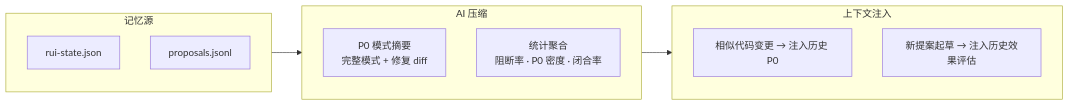
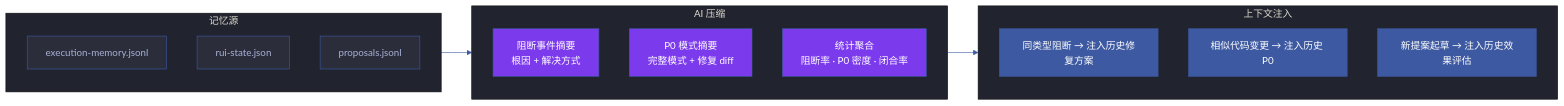
Before and after one commit to effiy/YrY: the ninth of 10 diagrams in skills/rui-yry/rules/self-improve.md, drawn with Mermaid. The commit also changed other lines of this file and 1028 other files, not shown here.

````diff
--- a/skills/rui-yry/rules/self-improve.md
+++ b/skills/rui-yry/rules/self-improve.md
@@ -235,21 +324,31 @@
 ```mermaid
+%%{init: {'theme': 'base', 'themeVariables': {
+  'primaryColor': '#1e1f2b',
+  'primaryTextColor': '#a9b1d6',
+  'primaryBorderColor': '#3d59a1',
+  'lineColor': '#3d59a1',
+  'secondaryColor': '#2b2d3b',
+  'tertiaryColor': '#21232f'
+}}}%%
 flowchart LR
     subgraph 源["记忆源"]
-        direction TB
+        M1["execution-memory.jsonl"]:::data
         M2["rui-state.json"]:::data
         M3["proposals.jsonl"]:::data
     end
     subgraph 压缩["AI 压缩"]
-        direction TB
+        C1["阻断事件摘要<br/>根因 + 解决方式"]:::comp
         C2["P0 模式摘要<br/>完整模式 + 修复 diff"]:::comp
         C3["统计聚合<br/>阻断率 · P0 密度 · 闭合率"]:::comp
     end
     subgraph 注入["上下文注入"]
-        direction TB
+        I1["同类型阻断 → 注入历史修复方案"]:::inj
         I2["相似代码变更 → 注入历史 P0"]:::inj
         I3["新提案起草 → 注入历史效果评估"]:::inj
     end
     源 --> 压缩 --> 注入
 
-
+    classDef data fill:#2b2d3b,stroke:#3d59a1,color:#a9b1d6
+    classDef comp fill:#7c3aed,color:#fff
+    classDef inj fill:#3d59a1,color:#fff
 ```
````
